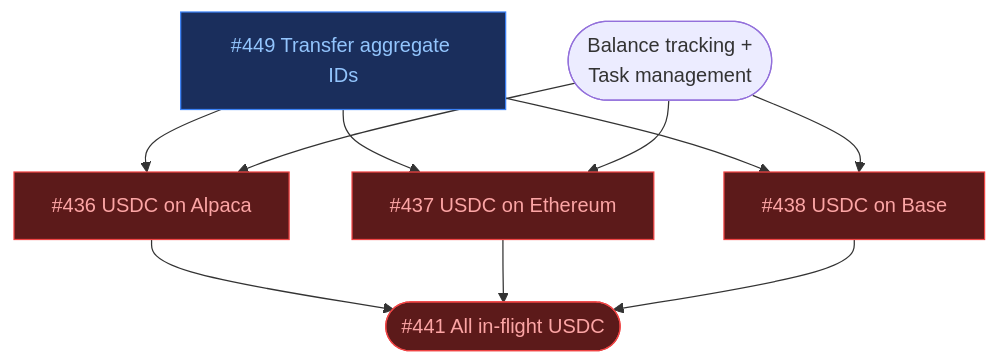
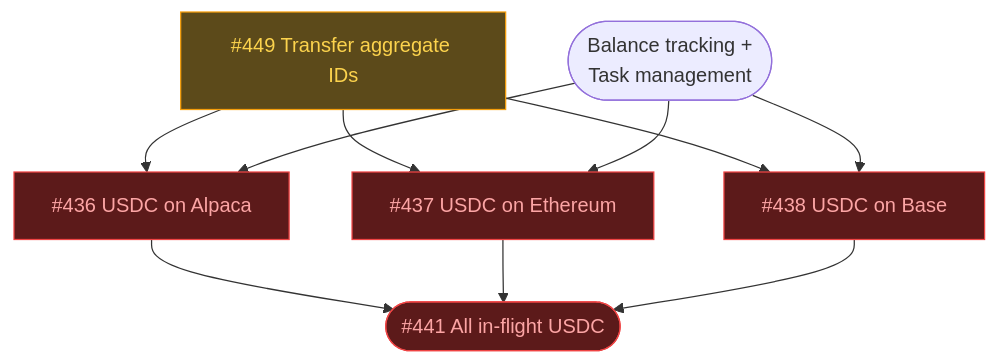
One commit to ST0x-Technology/st0x.liquidity changed the sixth of 8 diagrams in ROADMAP.md. Above: the diagram before and after it, drawn with Mermaid. The commit also changed other lines of this file, not shown here.

Commit message:
roadmap: add 'ready' state for stackable dependencies, re-evaluate all graphs

````diff
--- a/ROADMAP.md
+++ b/ROADMAP.md
@@ -234,20 +221,21 @@
 ```mermaid
 graph TD
     classDef wip fill:#1a2e5c,stroke:#3b82f6,color:#93c5fd
+    classDef ready fill:#5c4a1a,stroke:#f59e0b,color:#fcd34d
     classDef blocked fill:#5c1a1a,stroke:#ef4444,color:#fca5a5
 
-    id449["#449 Transfer aggregate IDs"]:::wip
+    id449["#449 Transfer aggregate IDs"]:::ready
     deps(["Balance tracking +<br/>Task management"])
     id436["#436 USDC on Alpaca"]:::blocked
     id437["#437 USDC on Ethereum"]:::blocked
     id438["#438 USDC on Base"]:::blocked
     id441(["#441 All in-flight USDC"]):::blocked
 
     id449 & deps --> id436 & id437 & id438 --> id441
 
     click id449 href "https://github.com/ST0x-Technology/st0x.liquidity/issues/449"
     click id436 href "https://github.com/ST0x-Technology/st0x.liquidity/issues/436"
     click id437 href "https://github.com/ST0x-Technology/st0x.liquidity/issues/437"
     click id438 href "https://github.com/ST0x-Technology/st0x.liquidity/issues/438"
     click id441 href "https://github.com/ST0x-Technology/st0x.liquidity/issues/441"
 ```
````
